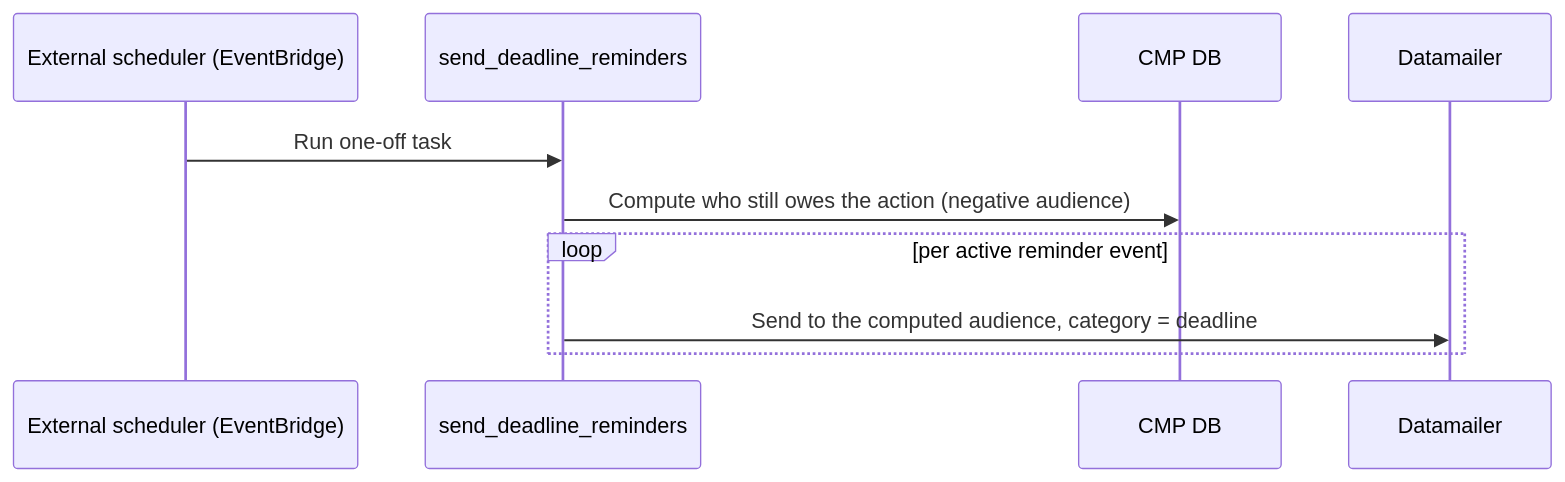
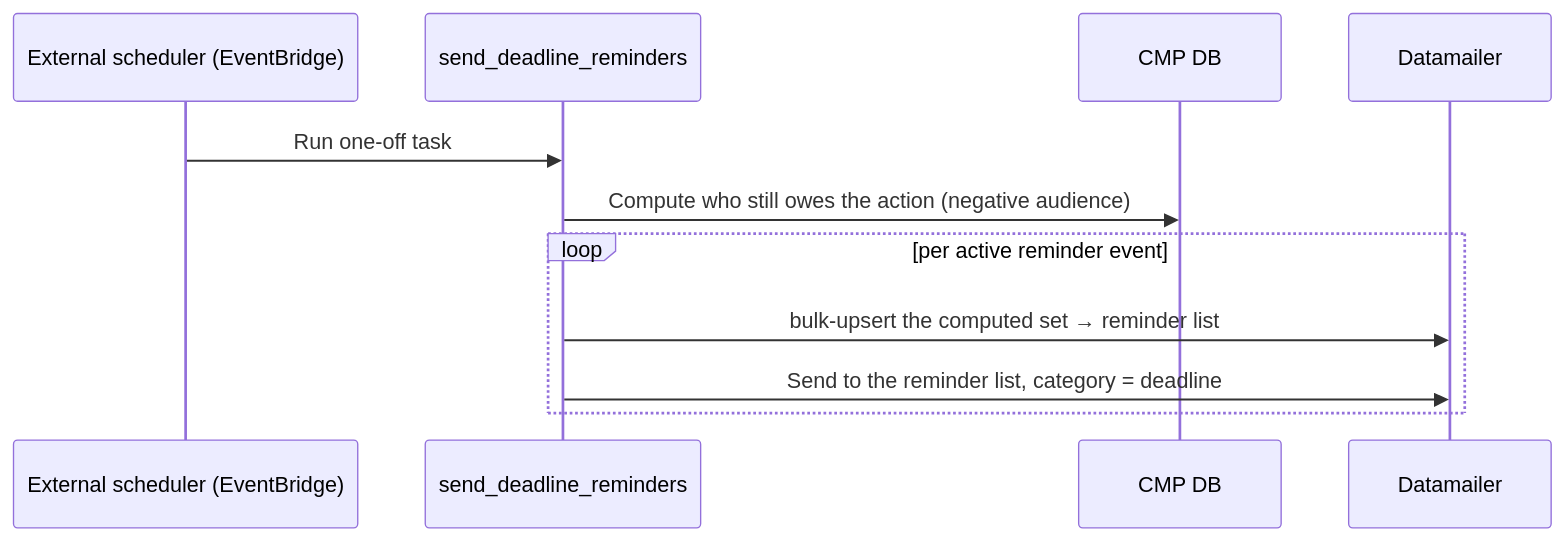
One commit to DataTalksClub/course-management-platform changed diagram 15 of 17 in docs/datamailer-integration.md. Above: the diagram before and after it, drawn with Mermaid. The commit also changed other lines of this file, not shown here.

First line of the commit message:
docs(datamailer): bulk transport (JSONL/S3) + resolve G3 negative audiences

````diff
--- a/docs/datamailer-integration.md
+++ b/docs/datamailer-integration.md
@@ -663,13 +687,14 @@
 ```mermaid
 sequenceDiagram
     participant Sched as External scheduler (EventBridge)
     participant CMP as send_deadline_reminders
     participant DB as CMP DB
     participant DM as Datamailer
 
     Sched->>CMP: Run one-off task
     CMP->>DB: Compute who still owes the action (negative audience)
     loop per active reminder event
-        CMP->>DM: Send to the computed audience, category = deadline
+        CMP->>DM: bulk-upsert the computed set → reminder list
+        CMP->>DM: Send to the reminder list, category = deadline
     end
 ```
````
